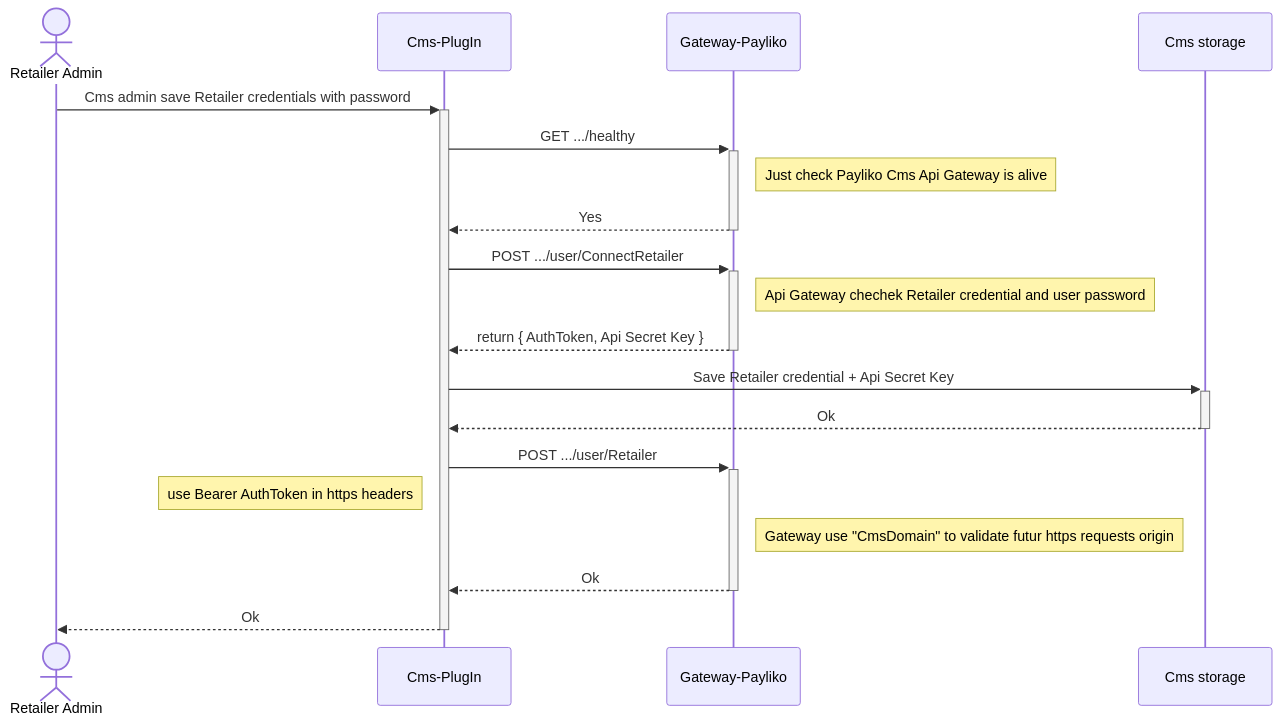
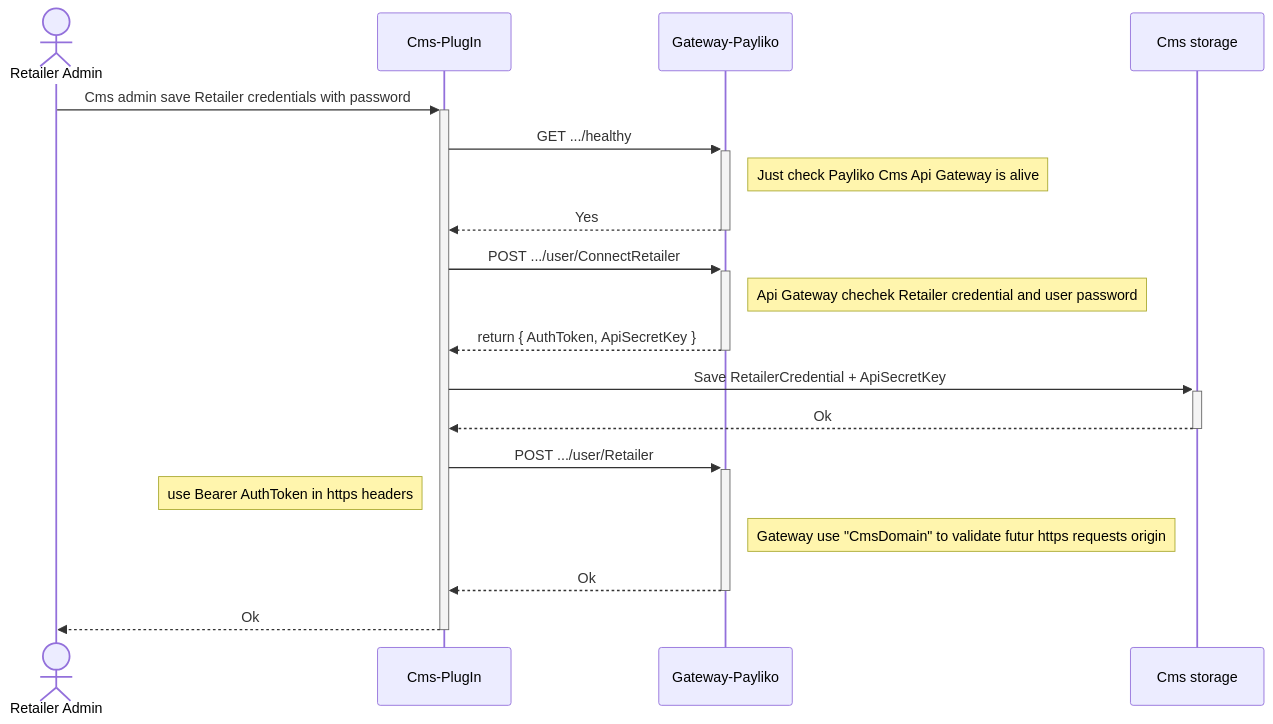
Before and after one commit to Payinnov-Widget-Integration/Payinnov-InHouseCms-Integration: the first of 2 diagrams in README.md, drawn with Mermaid. The commit also changed other lines of this file, not shown here.

Commit message:
pay seq diagram

````diff
--- a/README.md
+++ b/README.md
@@ -49,22 +49,22 @@
 ```mermaid
 sequenceDiagram
 actor A as Retailer Admin
 
 A ->>+Cms-PlugIn: Cms admin save Retailer credentials with password
 Cms-PlugIn->>+Gateway-Payliko: GET .../healthy
 Note right of Gateway-Payliko: Just check Payliko Cms Api Gateway is alive
 Gateway-Payliko-->>-Cms-PlugIn: Yes
 
 Cms-PlugIn->>+Gateway-Payliko: POST .../user/ConnectRetailer
 Note right of Gateway-Payliko: Api Gateway chechek Retailer credential and user password
-Gateway-Payliko-->>-Cms-PlugIn: return { AuthToken, Api Secret Key }
-Cms-PlugIn->>+Cms storage: Save Retailer credential + Api Secret Key
+Gateway-Payliko-->>-Cms-PlugIn: return { AuthToken, ApiSecretKey }
+Cms-PlugIn->>+Cms storage: Save RetailerCredential + ApiSecretKey
 Cms storage-->>-Cms-PlugIn: Ok
 
 Cms-PlugIn->>+Gateway-Payliko: POST .../user/Retailer
 Note left of Cms-PlugIn: use Bearer AuthToken in https headers
 
 Note right of Gateway-Payliko: Gateway use "CmsDomain" to validate futur https requests origin
 Gateway-Payliko-->>-Cms-PlugIn: Ok
 Cms-PlugIn-->>-A: Ok
 ```
````
